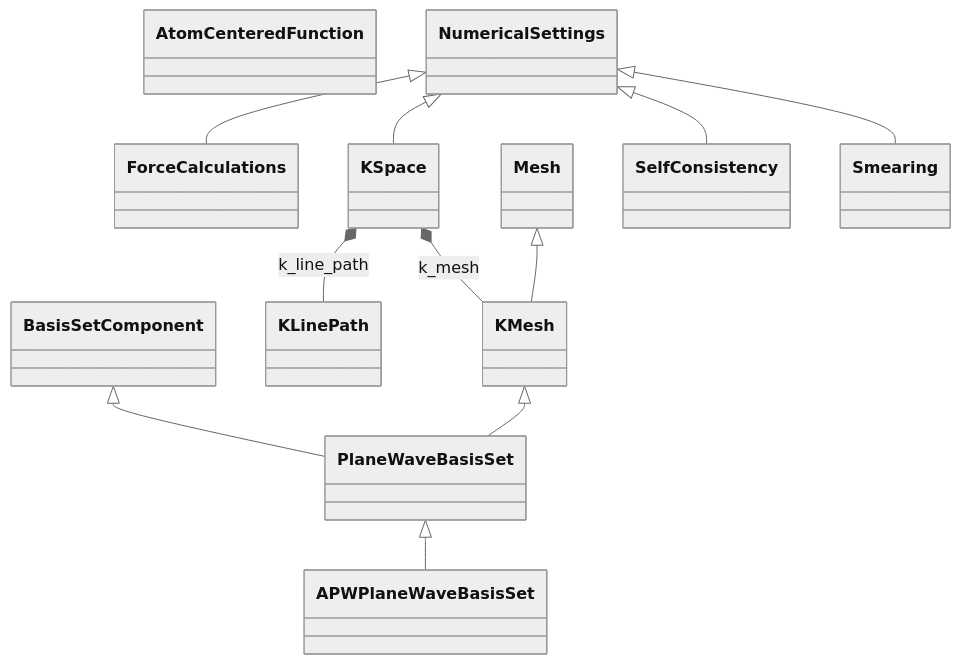
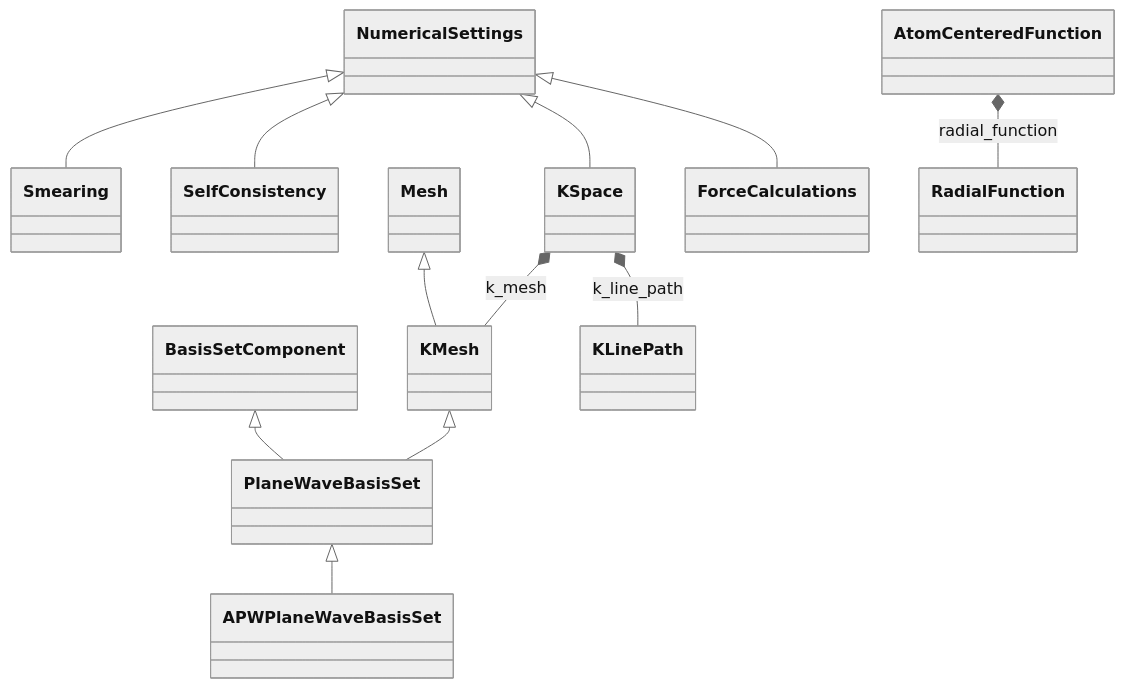
Before and after one commit to FAIRmat-NFDI/nomad-simulations: the diagram in docs/schema/numerical_settings.md, drawn with Mermaid (neutral theme). The commit also changed other lines of this file, not shown here.

````diff
--- a/docs/schema/numerical_settings.md
+++ b/docs/schema/numerical_settings.md
@@ -11,25 +11,27 @@
 ```mermaid
 classDiagram
     class APWPlaneWaveBasisSet
     class AtomCenteredFunction
     class BasisSetComponent
     class ForceCalculations
     class KLinePath
     class KMesh
     class KSpace
     class Mesh
     class NumericalSettings
     class PlaneWaveBasisSet
+    class RadialFunction
     class SelfConsistency
     class Smearing
     PlaneWaveBasisSet <|-- APWPlaneWaveBasisSet
     NumericalSettings <|-- ForceCalculations
     Mesh <|-- KMesh
     NumericalSettings <|-- KSpace
     BasisSetComponent <|-- PlaneWaveBasisSet
     KMesh <|-- PlaneWaveBasisSet
     NumericalSettings <|-- SelfConsistency
     NumericalSettings <|-- Smearing
+    AtomCenteredFunction *-- RadialFunction : radial_function
     KSpace *-- KLinePath : k_line_path
     KSpace *-- KMesh : k_mesh
 ```
````
